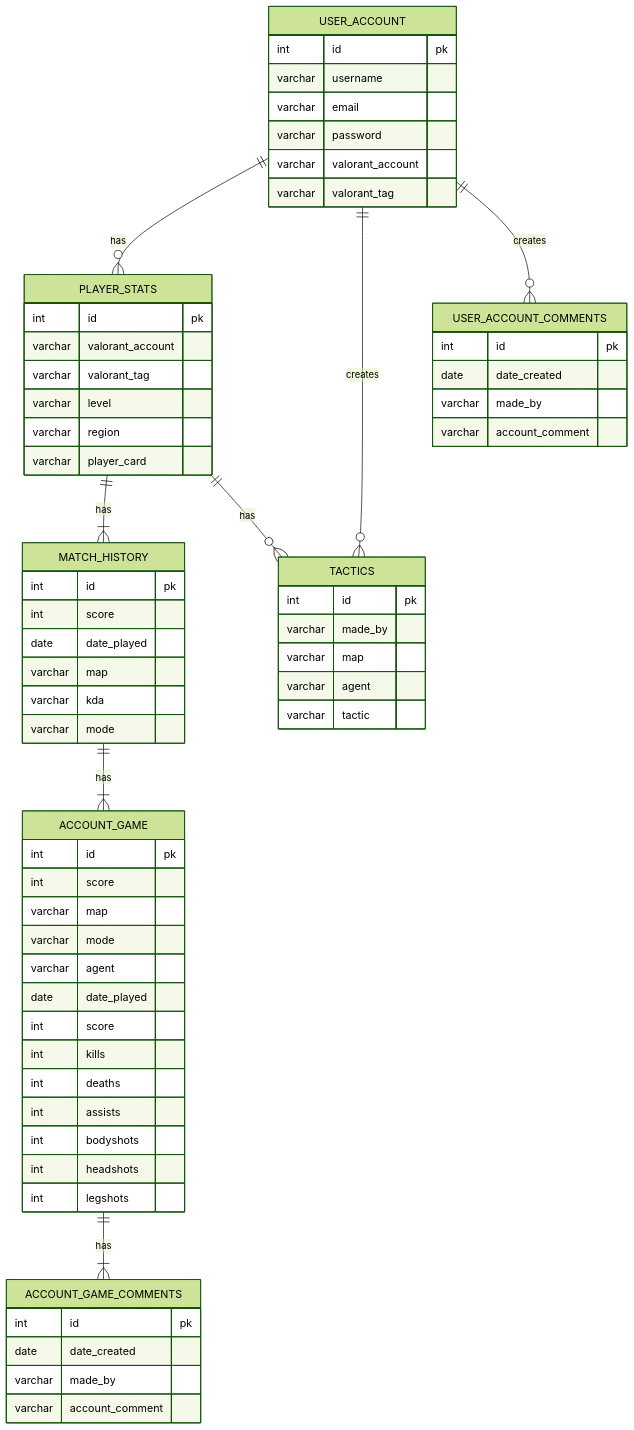
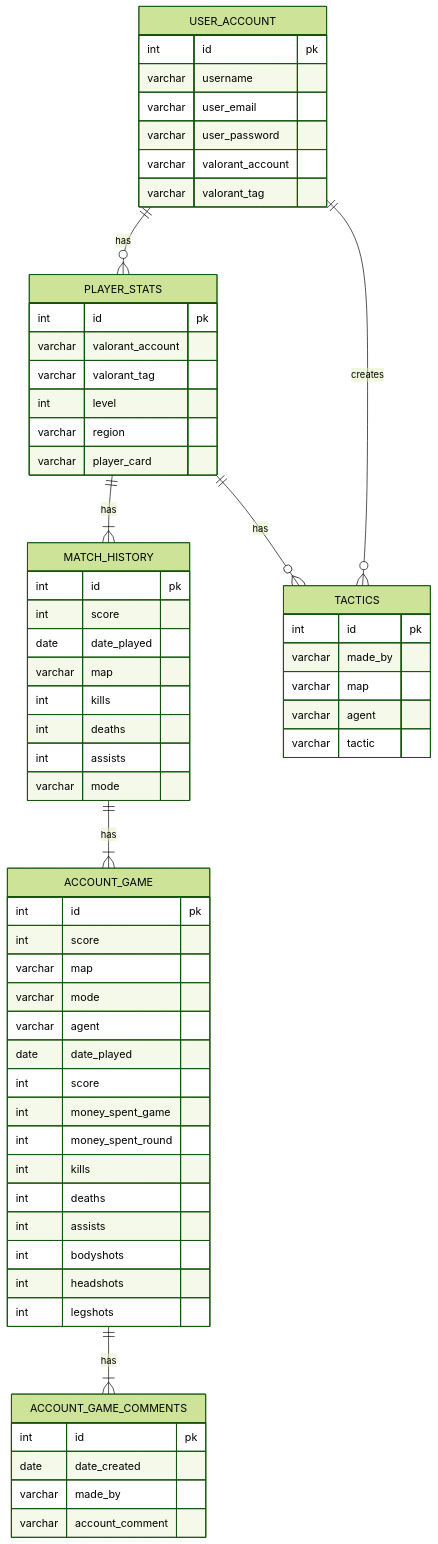
One commit to MarianoUnosquare17/imspector-vuejs changed the second of 2 diagrams in README.md. Above: the diagram before and after it, drawn with Mermaid (forest theme). The commit also changed other lines of this file and 4 other files, not shown here.

````diff
--- a/README.md
+++ b/README.md
@@ -42,69 +41,66 @@
 ```mermaid
 erDiagram
     USER_ACCOUNT ||--o{ PLAYER_STATS : has
     USER_ACCOUNT {
         int id pk
         varchar username
-        varchar email
-        varchar password
+        varchar user_email
+        varchar user_password
         varchar valorant_account
         varchar valorant_tag
     }
         PLAYER_STATS {
         int id pk
         varchar valorant_account
         varchar valorant_tag
-        varchar level
+        int level
         varchar region
         varchar player_card
     }
     PLAYER_STATS ||--|{ MATCH_HISTORY : has
 
     MATCH_HISTORY{
         int id pk
         int score
         date date_played
         varchar map
-        varchar kda
+        int kills
+        int deaths
+        int assists
         varchar mode
     }
     MATCH_HISTORY ||--|{ ACCOUNT_GAME : has
     ACCOUNT_GAME{
         int id pk
         int score
         varchar map
         varchar mode
         varchar agent
         date date_played
         int score
+        int money_spent_game
+        int money_spent_round
         int kills
         int deaths
         int assists
         int bodyshots
         int headshots
         int legshots 
     }
     ACCOUNT_GAME ||--|{ ACCOUNT_GAME_COMMENTS : has
     ACCOUNT_GAME_COMMENTS{
         int id pk
         date date_created
         varchar made_by
         varchar account_comment
     }
     USER_ACCOUNT ||--o{ TACTICS : creates
     TACTICS{
         int id pk
         varchar made_by
         varchar map
         varchar agent
         varchar tactic
     }
     PLAYER_STATS ||--o{ TACTICS : has
-    USER_ACCOUNT ||--o{ USER_ACCOUNT_COMMENTS : creates
-        USER_ACCOUNT_COMMENTS{
-        int id pk
-        date date_created
-        varchar made_by
-        varchar account_comment
-    }
 ```
````
